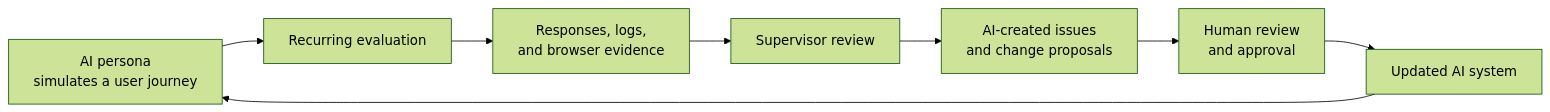
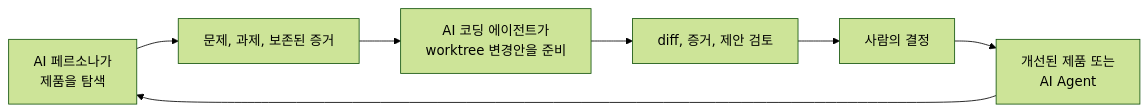
One commit to forthfate/openorbit changed the diagram in i18n/ko/README.md. Above: the diagram before and after it, drawn with Mermaid (forest theme). The commit also changed other lines of this file and 1 other file, not shown here.

````diff
--- a/i18n/ko/README.md
+++ b/i18n/ko/README.md
@@ -23,12 +22,11 @@
 ```mermaid
 flowchart LR
-  A[AI persona<br/>simulates a user journey]
-  B[Recurring evaluation]
-  C[Responses, logs,<br/>and browser evidence]
-  D[Supervisor review]
-  E[AI-created issues<br/>and change proposals]
-  F[Human review<br/>and approval]
-  G[Updated AI system]
+  A[AI 페르소나가<br/>제품을 탐색]
+  B[문제, 과제, 보존된 증거]
+  C[AI 코딩 에이전트가<br/>worktree 변경안을 준비]
+  D[diff, 증거, 제안 검토]
+  E[사람의 결정]
+  F[개선된 제품 또는<br/>AI Agent]
 
-  A --> B --> C --> D --> E --> F --> G --> A
+  A --> B --> C --> D --> E --> F --> A
 ```
````
